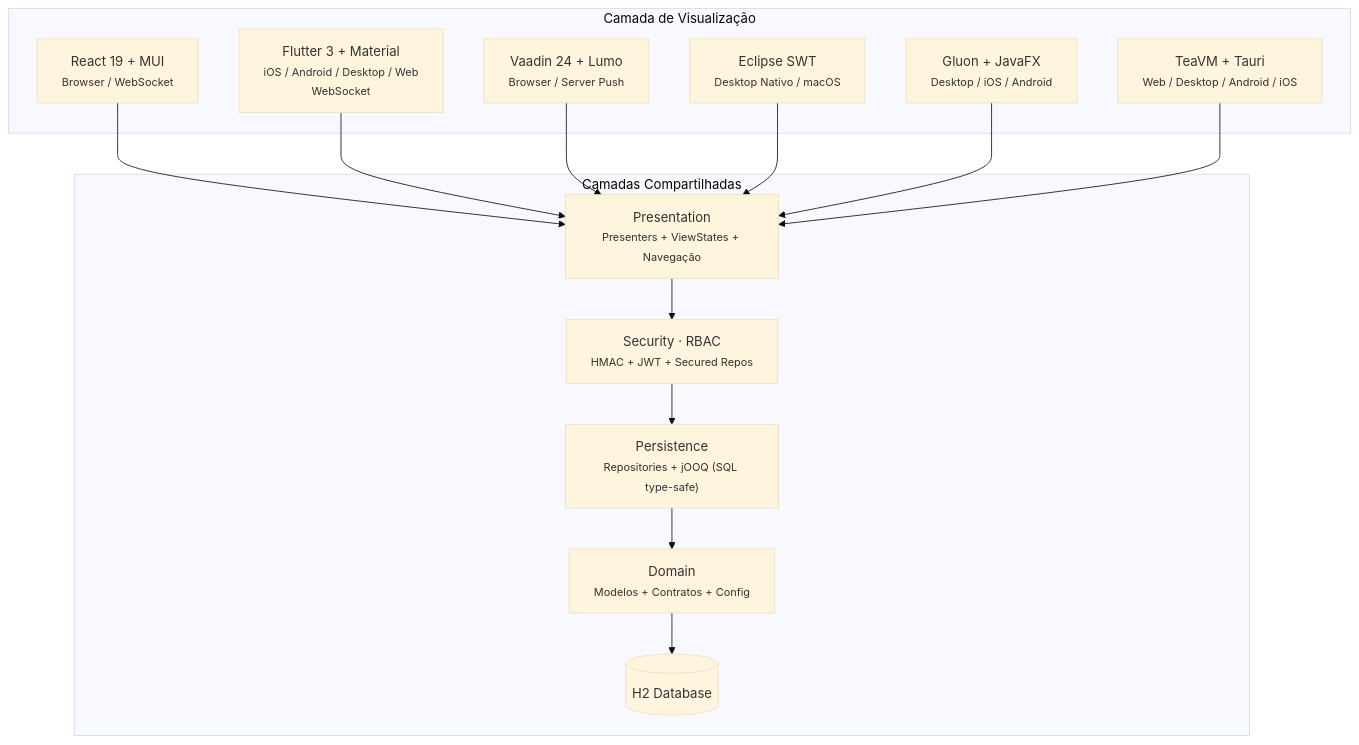
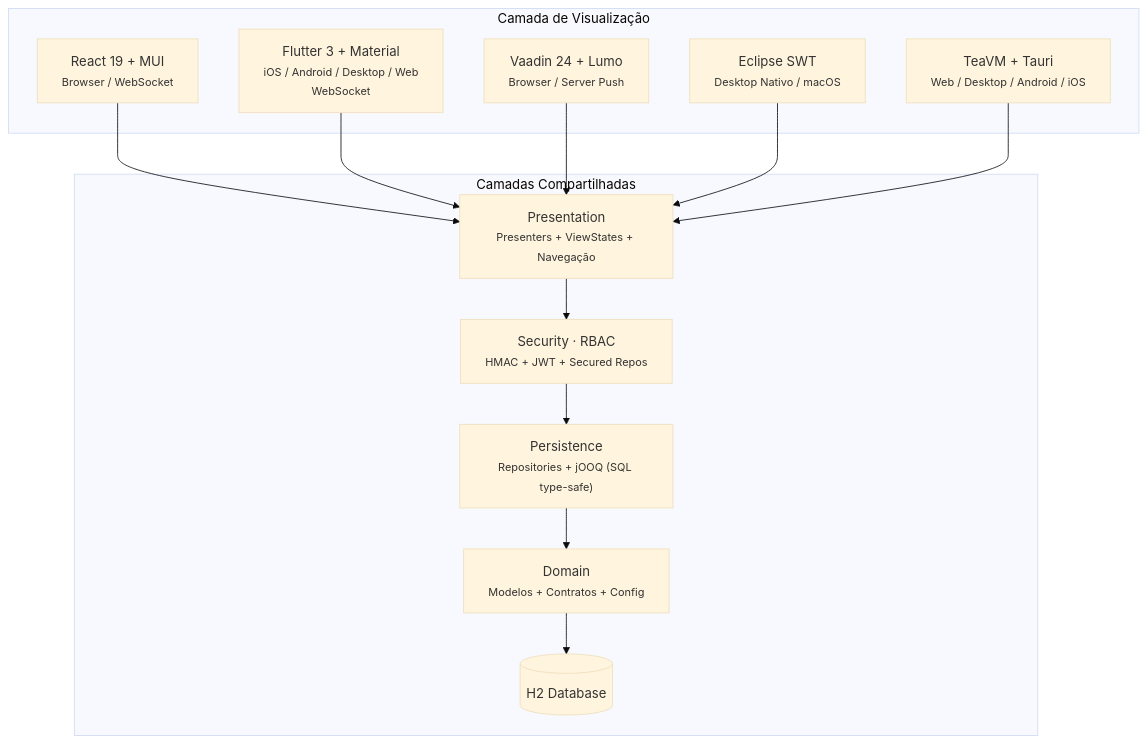
One commit to mrcdom/wdc-cube-java-v2 changed the first of 3 diagrams in README.md. Above: the diagram before and after it, drawn with Mermaid (base theme). The commit also changed other lines of this file and 86 other files, not shown here.

````diff
--- a/README.md
+++ b/README.md
@@ -13,27 +13,25 @@
 ```mermaid
 graph TD
     subgraph Views["Camada de Visualização"]
         R["React 19 + MUI<br/><small>Browser / WebSocket</small>"]
         FL["Flutter 3 + Material<br/><small>iOS / Android / Desktop / Web<br/>WebSocket</small>"]
         V["Vaadin 24 + Lumo<br/><small>Browser / Server Push</small>"]
         SW["Eclipse SWT<br/><small>Desktop Nativo / macOS</small>"]
-        GLN["Gluon + JavaFX<br/><small>Desktop / iOS / Android</small>"]
         TVM["TeaVM + Tauri<br/><small>Web / Desktop / Android / iOS</small>"]
     end
 
     subgraph Core["Camadas Compartilhadas"]
         P["Presentation<br/><small>Presenters + ViewStates + Navegação</small>"]
         SEC["Security · RBAC<br/><small>HMAC + JWT + Secured Repos</small>"]
         PER["Persistence<br/><small>Repositories + jOOQ (SQL type-safe)</small>"]
         DOM["Domain<br/><small>Modelos + Contratos + Config</small>"]
         DB[("H2 Database")]
     end
 
     R --> P
     FL --> P
     V --> P
     SW --> P
-    GLN --> P
     TVM --> P
     P --> SEC --> PER --> DOM --> DB
 ```
````
